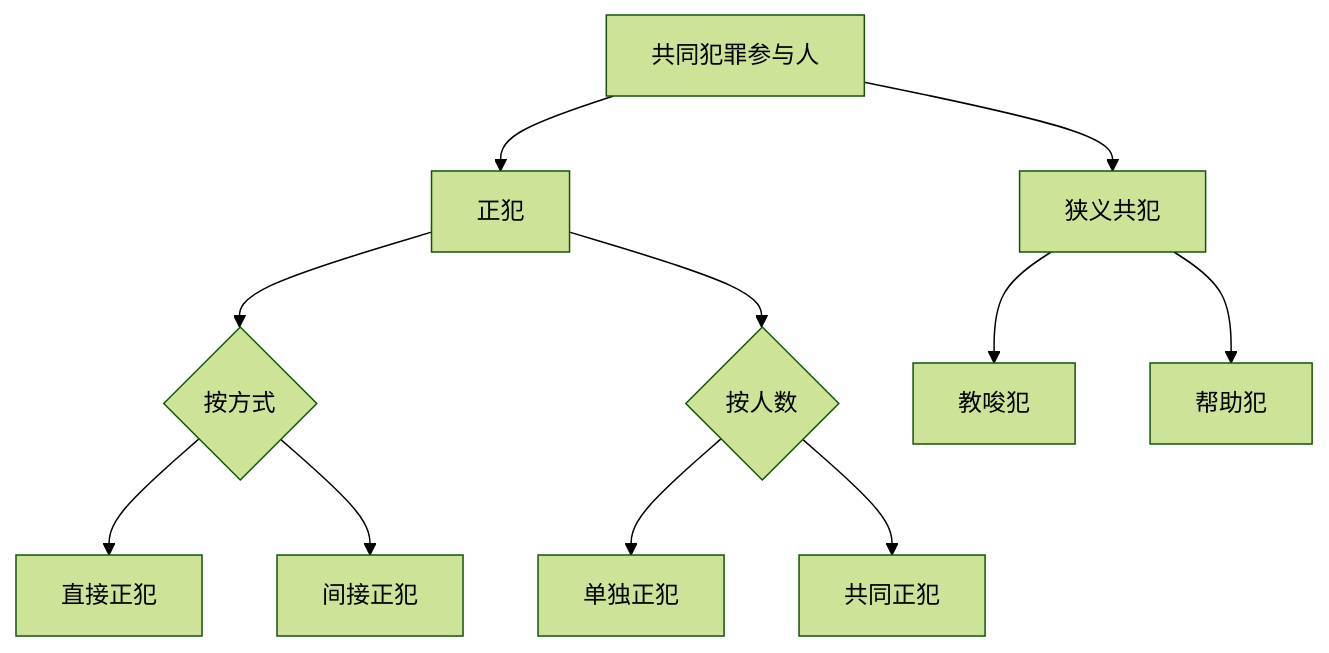
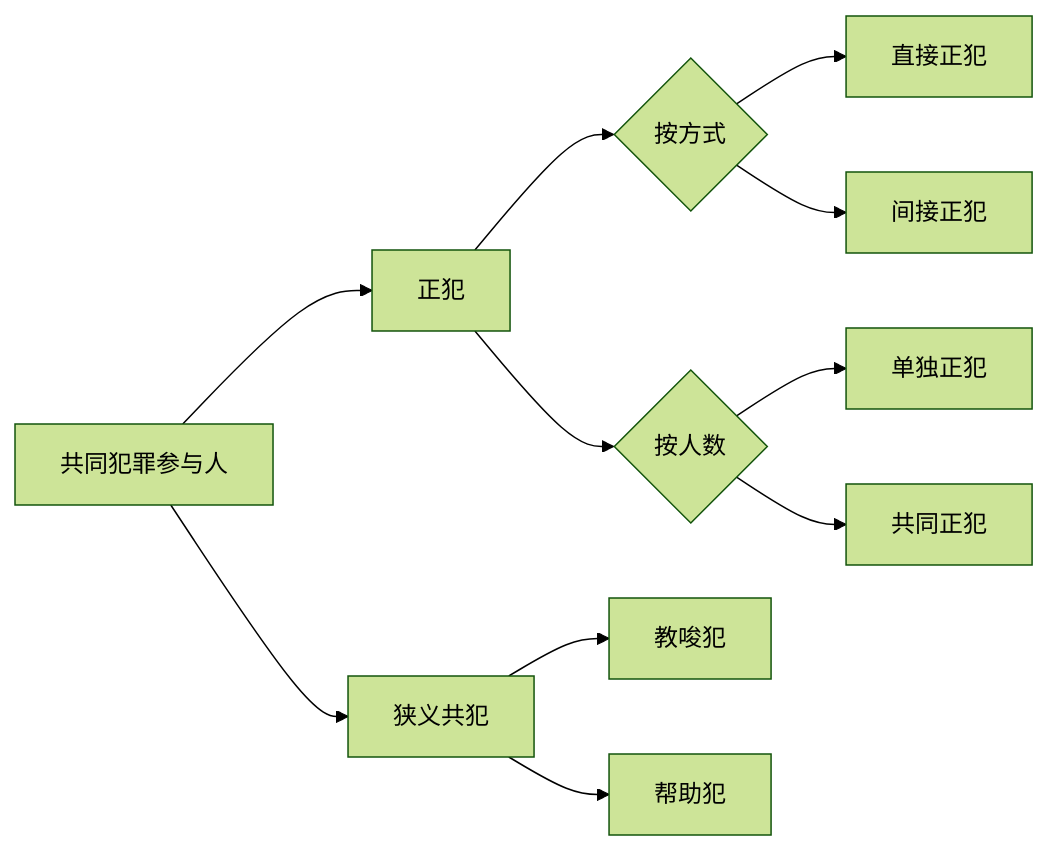
Before and after one commit to chilly-chilli/ChillyChilli: the third of 7 diagrams in content/法学/刑法/VIII 共同犯罪.md, drawn with Mermaid (forest theme). The commit also changed other lines of this file and 67 other files, not shown here.

````diff
--- a/content/法学/刑法/VIII 共同犯罪.md
+++ b/content/法学/刑法/VIII 共同犯罪.md
@@ -143,20 +148,20 @@
 ```mermaid
-graph TD
+graph LR
     A[共同犯罪参与人] --> B[正犯];
     A --> C[狭义共犯];
 
     B --> B1{按方式};
     B1 --> B1a[直接正犯];
     B1 --> B1b[间接正犯];
 
     B --> B2{按人数};
     B2 --> B2a[单独正犯];
     B2 --> B2b[共同正犯];
 
     C --> C1[教唆犯];
     C --> C2[帮助犯];
 
     style B fill:#pink
     style C fill:#lightgreen
     style B1b fill:#orange
 ```
````
